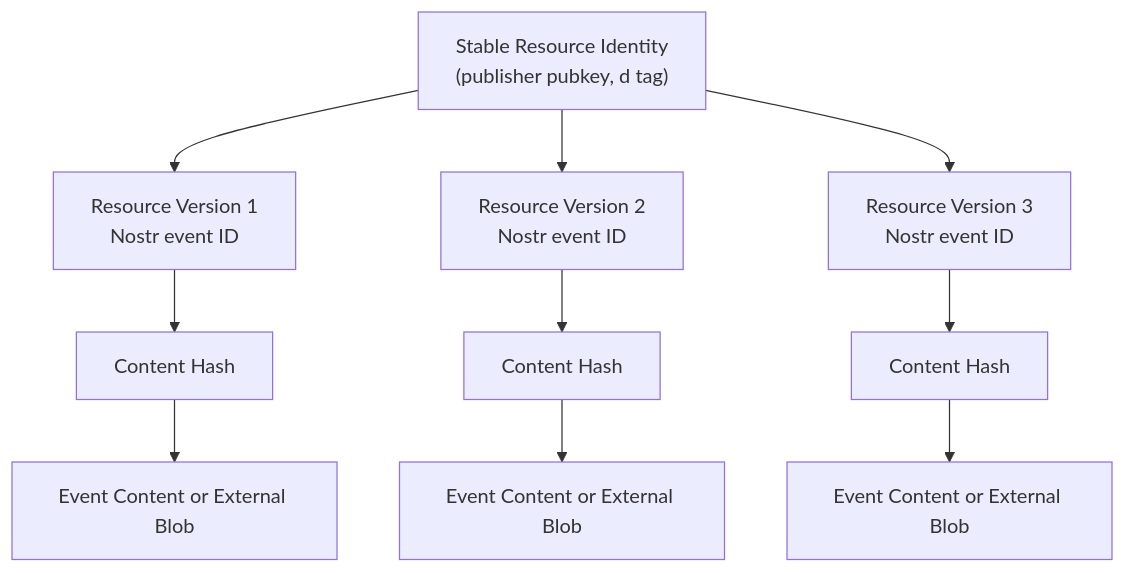
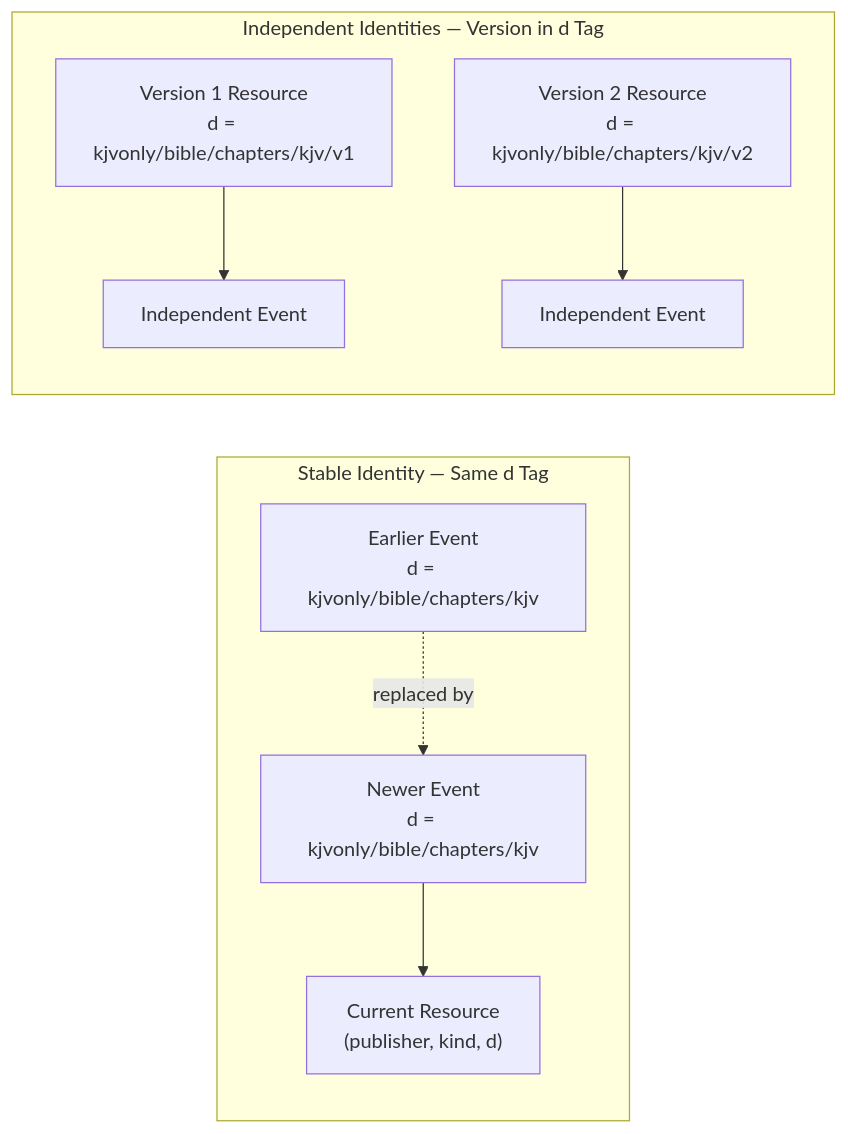
Before and after one commit to kjvonly/kjvonly.bible: the second of 2 diagrams in docs/decisions/0001-data-distribution-strategy.md, drawn with Mermaid. The commit also changed other lines of this file and 1 other file, not shown here.

Commit message:
wip - update domain resource model

````diff
--- a/docs/decisions/0001-data-distribution-strategy.md
+++ b/docs/decisions/0001-data-distribution-strategy.md
@@ -167,16 +167,23 @@
 ```mermaid
-flowchart TD
-    RID["Stable Resource Identity<br/>(publisher pubkey, d tag)"]
+flowchart LR
+    subgraph Replaceable["Stable Identity — Same d Tag"]
+        direction TB
 
-    RID --> V1["Resource Version 1<br/>Nostr event ID"]
-    RID --> V2["Resource Version 2<br/>Nostr event ID"]
-    RID --> V3["Resource Version 3<br/>Nostr event ID"]
+        R1["Earlier Event<br/>d = kjvonly/bible/chapters/kjv"]
+        R2["Newer Event<br/>d = kjvonly/bible/chapters/kjv"]
+        CURRENT["Current Resource<br/>(publisher, kind, d)"]
 
-    V1 --> H1["Content Hash"]
-    V2 --> H2["Content Hash"]
-    V3 --> H3["Content Hash"]
+        R1 -. replaced by .-> R2
+        R2 --> CURRENT
+    end
 
-    H1 --> L1["Event Content or External Blob"]
-    H2 --> L2["Event Content or External Blob"]
-    H3 --> L3["Event Content or External Blob"]
+    subgraph Versioned["Independent Identities — Version in d Tag"]
+        direction TB
+
+        V1["Version 1 Resource<br/>d = kjvonly/bible/chapters/kjv/v1"]
+        V2["Version 2 Resource<br/>d = kjvonly/bible/chapters/kjv/v2"]
+
+        V1 --> E1["Independent Event"]
+        V2 --> E2["Independent Event"]
+    end
 ```
````
